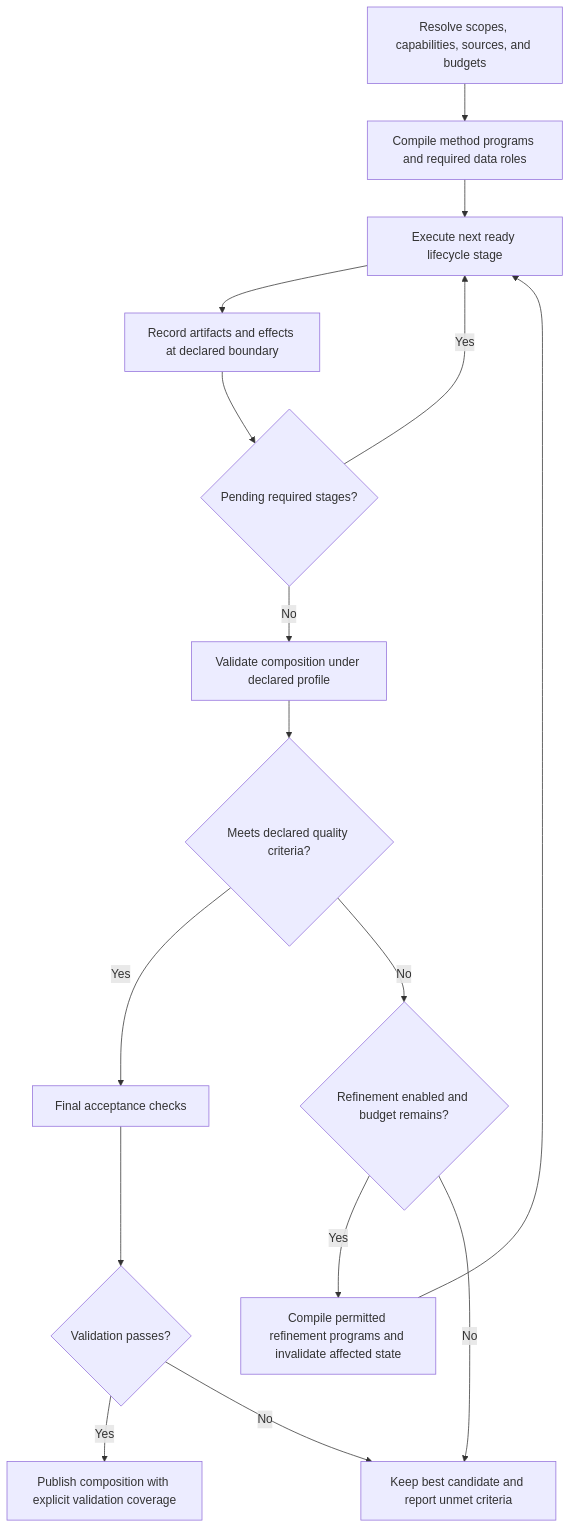
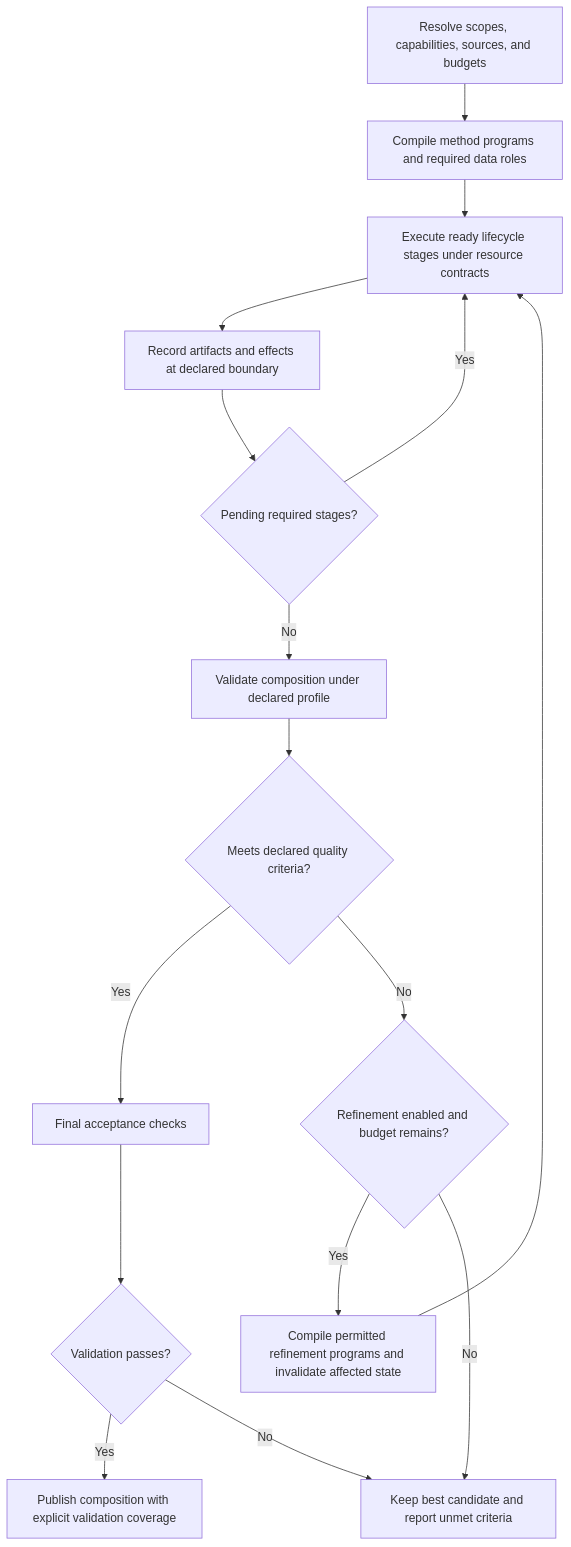
One commit to ModelCloud/GPTQModel changed the third of 7 diagrams in docs/component-quantization-design.md. Above: the diagram before and after it, drawn with Mermaid. The commit also changed other lines of this file and 4 other files, not shown here.

Commit message:
docs: extend quantization design for 2026 architectures and parallel execution

````diff
--- a/docs/component-quantization-design.md
+++ b/docs/component-quantization-design.md
@@ -389,18 +464,18 @@
 ```mermaid
 flowchart TD
     A[Resolve scopes, capabilities, sources, and budgets] --> B[Compile method programs and required data roles]
-    B --> C[Execute next ready lifecycle stage]
+    B --> C[Execute ready lifecycle stages under resource contracts]
     C --> D[Record artifacts and effects at declared boundary]
     D --> E{Pending required stages?}
     E -->|Yes| C
     E -->|No| F[Validate composition under declared profile]
     F --> G{Meets declared quality criteria?}
     G -->|Yes| H[Final acceptance checks]
     G -->|No| I{Refinement enabled and budget remains?}
     I -->|Yes| J[Compile permitted refinement programs and invalidate affected state]
     J --> C
     I -->|No| K[Keep best candidate and report unmet criteria]
     H --> L{Validation passes?}
     L -->|Yes| M[Publish composition with explicit validation coverage]
     L -->|No| K
 ```
````
